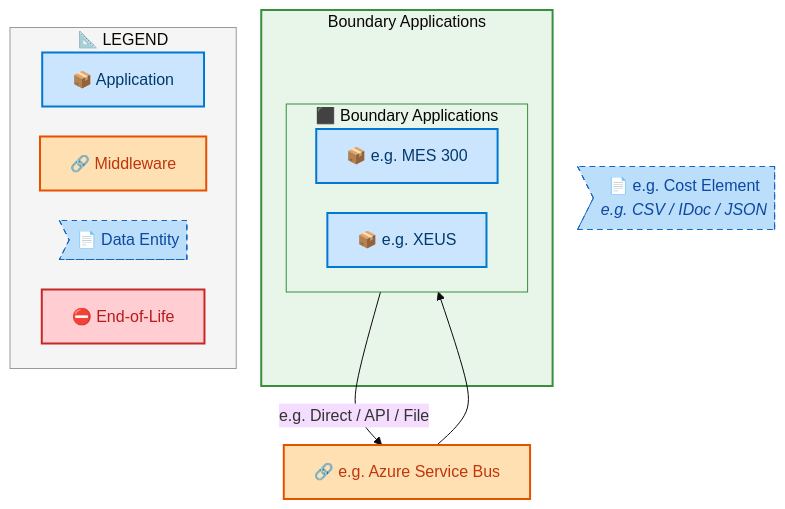
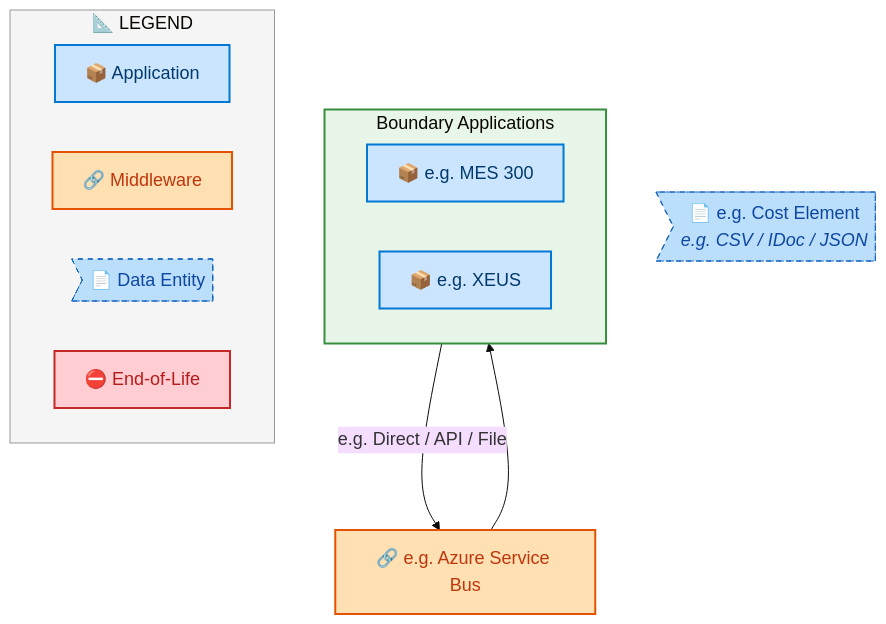
One commit to sajivfrancis777/IAO-Architecture changed diagram 13 of 15 in towers/E2E/Forecast to Stock/E2E-68/output/docs/systems-architecture/E2E-68-Architecture.md. Above: the diagram before and after it, drawn with Mermaid. The commit also changed other lines of this file and 251 other files, not shown here.

````diff
--- a/towers/E2E/Forecast to Stock/E2E-68/output/docs/systems-architecture/E2E-68-Architecture.md
+++ b/towers/E2E/Forecast to Stock/E2E-68/output/docs/systems-architecture/E2E-68-Architecture.md
@@ -1413,40 +1410,37 @@
 ```mermaid
-%%{init: {"theme": "base", "securityLevel": "loose", "themeVariables": {"fontSize": "16px", "fontFamily": "Segoe UI, Arial, sans-serif"}, "flowchart": {"useMaxWidth": false, "htmlLabels": true, "nodeSpacing": 30, "rankSpacing": 35}} }%%
+%%{init: {"theme": "base", "securityLevel": "loose", "themeVariables": {"fontSize": "18px", "fontFamily": "Segoe UI, Arial, sans-serif"}, "flowchart": {"useMaxWidth": false, "htmlLabels": true, "nodeSpacing": 50, "rankSpacing": 60}} }%%
 flowchart TB
     %% -- ArchiMate 3.2 + Azure style classes --
     classDef business      fill:#FFFFB3,stroke:#F9A825,stroke-width:2px,color:#000
     classDef app           fill:#CCE5FF,stroke:#0078D4,stroke-width:2px,color:#003A6C
     classDef data          fill:#BBDEFB,stroke:#1565C0,stroke-width:1px,color:#0D47A1,stroke-dasharray: 5 5
     classDef middleware    fill:#FFE0B2,stroke:#E65100,stroke-width:2px,color:#BF360C
     classDef eol           fill:#FFCDD2,stroke:#C62828,stroke-width:2px,color:#B71C1C
     classDef saas          fill:#E1BEE7,stroke:#7B1FA2,stroke-width:2px,color:#4A148C
     classDef cloud         fill:#BBDEFB,stroke:#1565C0,stroke-width:2px,color:#0D47A1
     classDef onprem        fill:#C8E6C9,stroke:#2E7D32,stroke-width:2px,color:#1B5E20
 
-    subgraph E2E68FT_Boundary_Applications["Boundary Applications"]
-        subgraph E2E68FLN_Boundary_Applications[" ⬛ Boundary Applications"]
-            direction LR
-            E2E68F_e_g_MES_300["📦 e.g. MES 300"]:::app
-            E2E68F_e_g_XEUS["📦 e.g. XEUS"]:::app
-        end
+    subgraph E2E68FLN_Boundary_Applications[" Boundary Applications"]
+        direction LR
+        E2E68F_e_g_MES_300["📦 e.g. MES 300"]:::app
+        E2E68F_e_g_XEUS["📦 e.g. XEUS"]:::app
     end
 
     E2E68FMW_e_g_Azure_Service_Bus["🔗 e.g. Azure Service Bus"]:::middleware
     E2E68FDE_e_g_Cost_Element>"📄 e.g. Cost Element<br/><i>e.g. CSV / IDoc / JSON</i>"]:::data
 
     E2E68F_e_g_MES_300 -->|"e.g. Direct / API / File"| E2E68FMW_e_g_Azure_Service_Bus
     E2E68FMW_e_g_Azure_Service_Bus --> E2E68F_e_g_XEUS
 
 
-    style E2E68FT_Boundary_Applications fill:#E8F5E9,stroke:#388E3C,stroke-width:2px
-    style E2E68FLN_Boundary_Applications fill:#E8F5E9,stroke:#388E3C,stroke-width:1px
+    style E2E68FLN_Boundary_Applications fill:#E8F5E9,stroke:#388E3C,stroke-width:2px
 
     subgraph Legend["📐 LEGEND"]
         direction LR
         L_APP["📦 Application"]:::app
         L_MW["🔗 Middleware"]:::middleware
         L_DE>"📄 Data Entity"]:::data
         L_EOL["⛔ End-of-Life"]:::eol
     end
     style Legend fill:#F5F5F5,stroke:#999,stroke-width:1px
 ```
````
